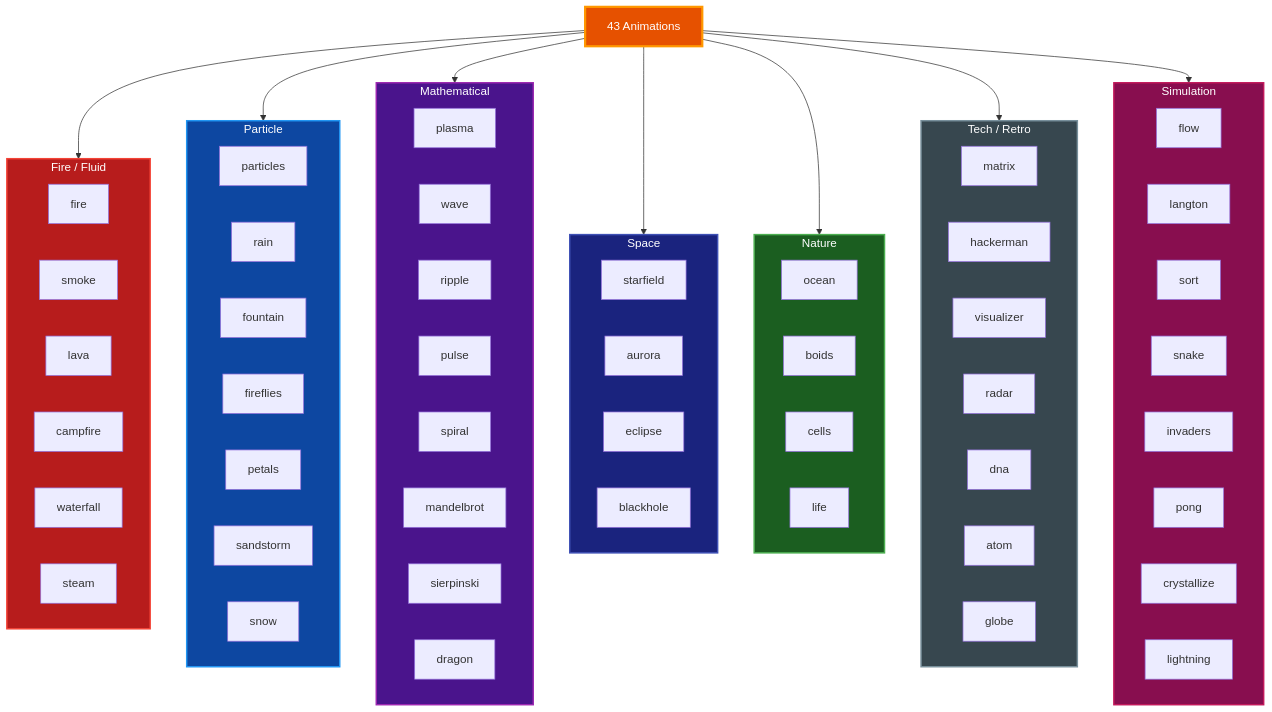
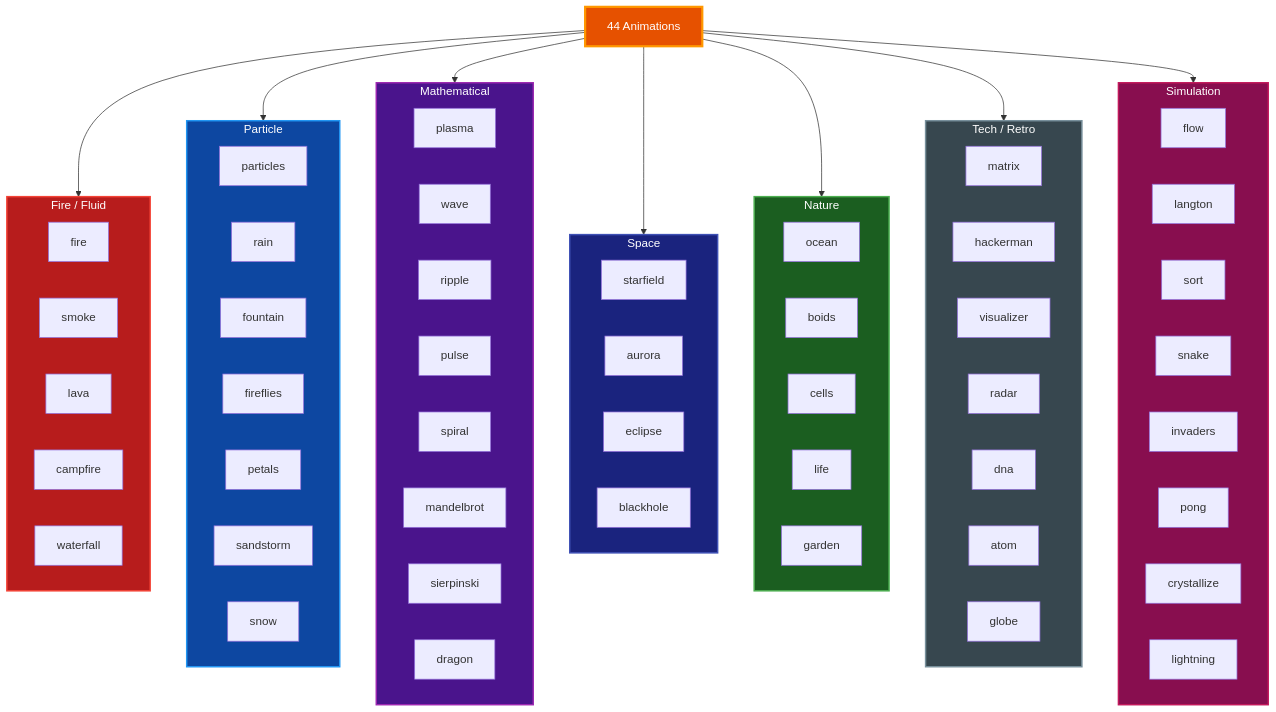
One commit to paulrobello/termflix changed the tenth of 12 diagrams in docs/ARCHITECTURE.md. Above: the diagram before and after it, drawn with Mermaid. The commit also changed other lines of this file and 1 other file, not shown here.

Commit message:
docs: sync documentation with 44 animations
- Update animation count from 43 to 44 in all docs
- Remove non-existent 'steam' from Fire/Fluid category
- Add missing 'garden' to Nature category in diagram and table

````diff
--- a/docs/ARCHITECTURE.md
+++ b/docs/ARCHITECTURE.md
@@ -614,49 +614,49 @@
 ```mermaid
 graph TD
-    CAT["43 Animations"]
+    CAT["44 Animations"]
 
     subgraph FIRE["Fire / Fluid"]
-        F1[fire] & F2[smoke] & F3[lava] & F4[campfire] & F5[waterfall] & F6[steam]
+        F1[fire] & F2[smoke] & F3[lava] & F4[campfire] & F5[waterfall]
     end
 
     subgraph PART["Particle"]
         P1[particles] & P2[rain] & P3[fountain] & P4[fireflies] & P5[petals] & P6[sandstorm] & P7[snow]
     end
 
     subgraph MATH["Mathematical"]
         M1[plasma] & M2[wave] & M3[ripple] & M4[pulse] & M5[spiral] & M6[mandelbrot] & M7[sierpinski] & M8[dragon]
     end
 
     subgraph SPACE["Space"]
         S1[starfield] & S2[aurora] & S3[eclipse] & S4[blackhole]
     end
 
     subgraph NATURE["Nature"]
-        N1[ocean] & N2[boids] & N3[cells] & N4[life]
+        N1[ocean] & N2[boids] & N3[cells] & N4[life] & N5[garden]
     end
 
     subgraph TECH["Tech / Retro"]
         T1[matrix] & T2[hackerman] & T3[visualizer] & T4[radar] & T5[dna] & T6[atom] & T7[globe]
     end
 
     subgraph SIM["Simulation"]
         SI1[flow] & SI2[langton] & SI3[sort] & SI4[snake] & SI5[invaders] & SI6[pong] & SI7[crystallize] & SI8[lightning]
     end
 
     CAT --> FIRE
     CAT --> PART
     CAT --> MATH
     CAT --> SPACE
     CAT --> NATURE
     CAT --> TECH
     CAT --> SIM
 
     style CAT fill:#e65100,stroke:#ff9800,stroke-width:3px,color:#ffffff
     style FIRE fill:#b71c1c,stroke:#f44336,stroke-width:2px,color:#ffffff
     style PART fill:#0d47a1,stroke:#2196f3,stroke-width:2px,color:#ffffff
     style MATH fill:#4a148c,stroke:#9c27b0,stroke-width:2px,color:#ffffff
     style SPACE fill:#1a237e,stroke:#3f51b5,stroke-width:2px,color:#ffffff
     style NATURE fill:#1b5e20,stroke:#4caf50,stroke-width:2px,color:#ffffff
     style TECH fill:#37474f,stroke:#78909c,stroke-width:2px,color:#ffffff
     style SIM fill:#880e4f,stroke:#c2185b,stroke-width:2px,color:#ffffff
 ```
````
